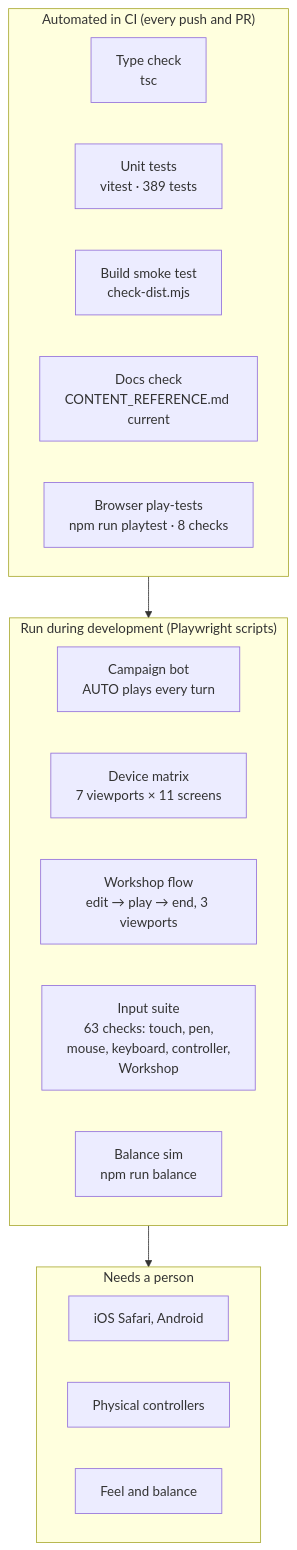
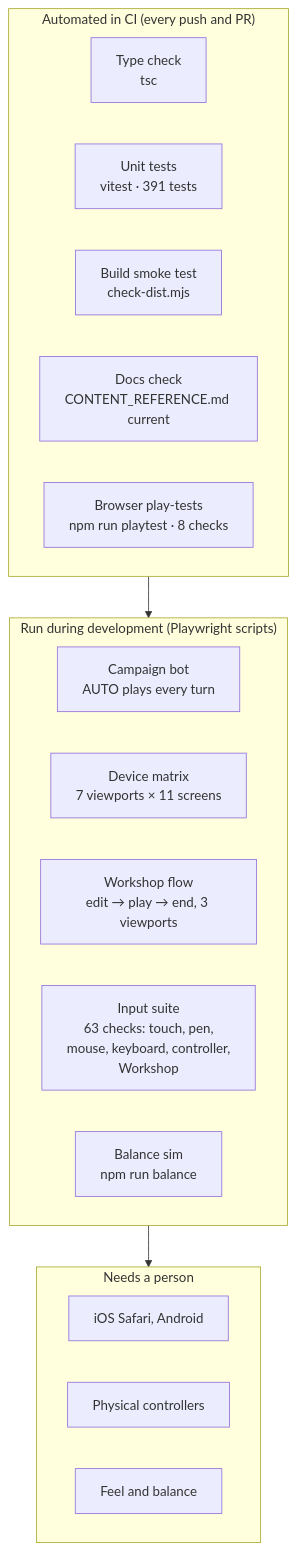
Before and after one commit to CptNope/Chess-RPG-Tactics: the diagram in docs/TESTING.md, drawn with Mermaid. The commit also changed other lines of this file and 16 other files, not shown here.

````diff
--- a/docs/TESTING.md
+++ b/docs/TESTING.md
@@ -9,23 +9,23 @@
 ```mermaid
 flowchart TB
     subgraph Auto["Automated in CI (every push and PR)"]
         T1["Type check<br/>tsc"]
-        T2["Unit tests<br/>vitest · 389 tests"]
+        T2["Unit tests<br/>vitest · 391 tests"]
         T3["Build smoke test<br/>check-dist.mjs"]
         T4["Docs check<br/>CONTENT_REFERENCE.md current"]
         T5["Browser play-tests<br/>npm run playtest · 8 checks"]
     end
     subgraph Dev["Run during development (Playwright scripts)"]
         P1["Campaign bot<br/>AUTO plays every turn"]
         P2["Device matrix<br/>7 viewports × 11 screens"]
         P4["Workshop flow<br/>edit → play → end, 3 viewports"]
         P3["Input suite<br/>63 checks: touch, pen,<br/>mouse, keyboard, controller,<br/>Workshop"]
         P5["Balance sim<br/>npm run balance"]
     end
     subgraph Human["Needs a person"]
         H1["iOS Safari, Android"]
         H2["Physical controllers"]
         H3["Feel and balance"]
     end
     Auto --> Dev --> Human
 ```
````
